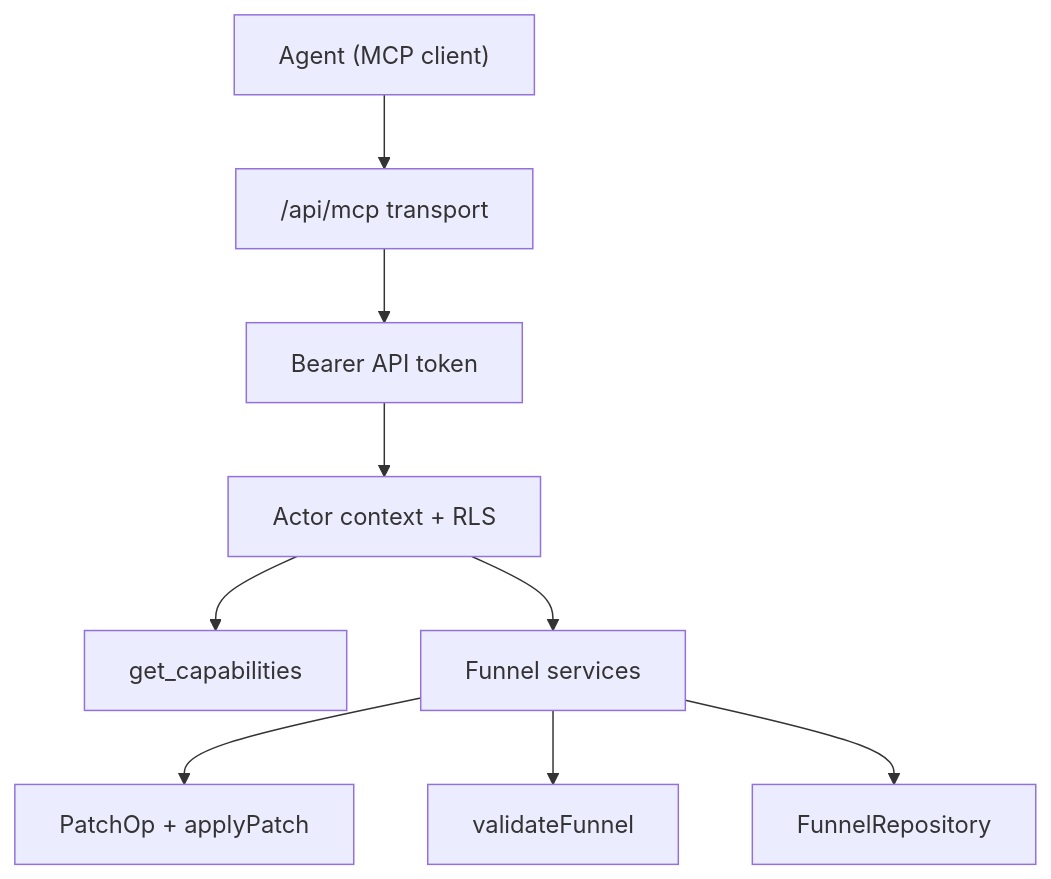
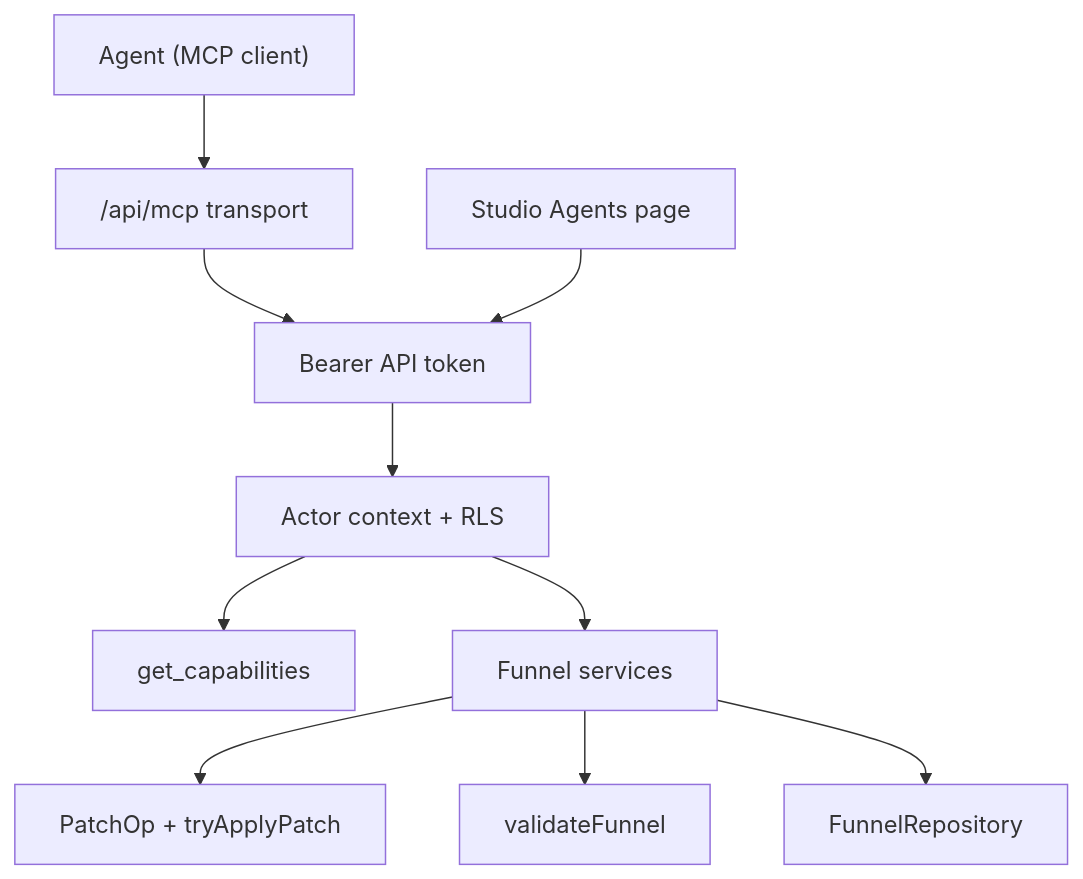
One commit to arturklimovich-eng/vibefunel changed the diagram in docs/features/90-mcp.md. Above: the diagram before and after it, drawn with Mermaid. The commit also changed other lines of this file and 41 other files, not shown here.

First line of the commit message:
Agent access over MCP with scoped API tokens

````diff
--- a/docs/features/90-mcp.md
+++ b/docs/features/90-mcp.md
@@ -20,19 +21,21 @@
 ```mermaid
 flowchart TD
   AG["Agent (MCP client)"] --> TR["/api/mcp transport"]
   TR --> TK["Bearer API token"]
   TK --> CTX["Actor context + RLS"]
   CTX --> CAP["get_capabilities"]
   CTX --> SVC["Funnel services"]
-  SVC --> PATCH["PatchOp + applyPatch"]
+  SVC --> PATCH["PatchOp + tryApplyPatch"]
   SVC --> VAL["validateFunnel"]
   SVC --> REPO["FunnelRepository"]
+  UI["Studio Agents page"] --> TK
   click TR "#step-transport"
   click TK "#step-api-tokens"
+  click UI "#step-api-tokens"
   click CTX "#step-actor-context-and-rls"
   click CAP "#step-capabilities"
   click SVC "#step-funnel-services"
   click PATCH "#step-patch-operations"
   click VAL "#step-validation"
   click REPO "./10-authoring.md"
 ```
````
